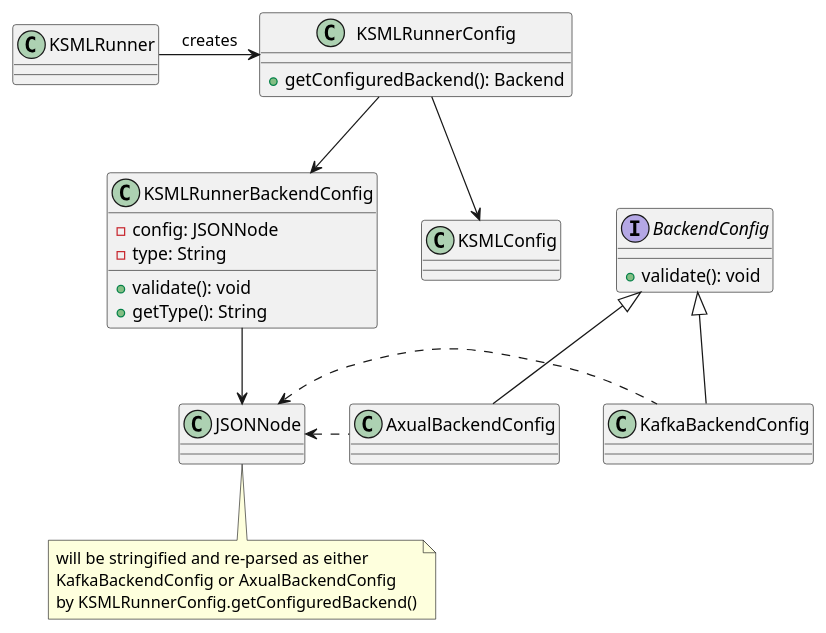
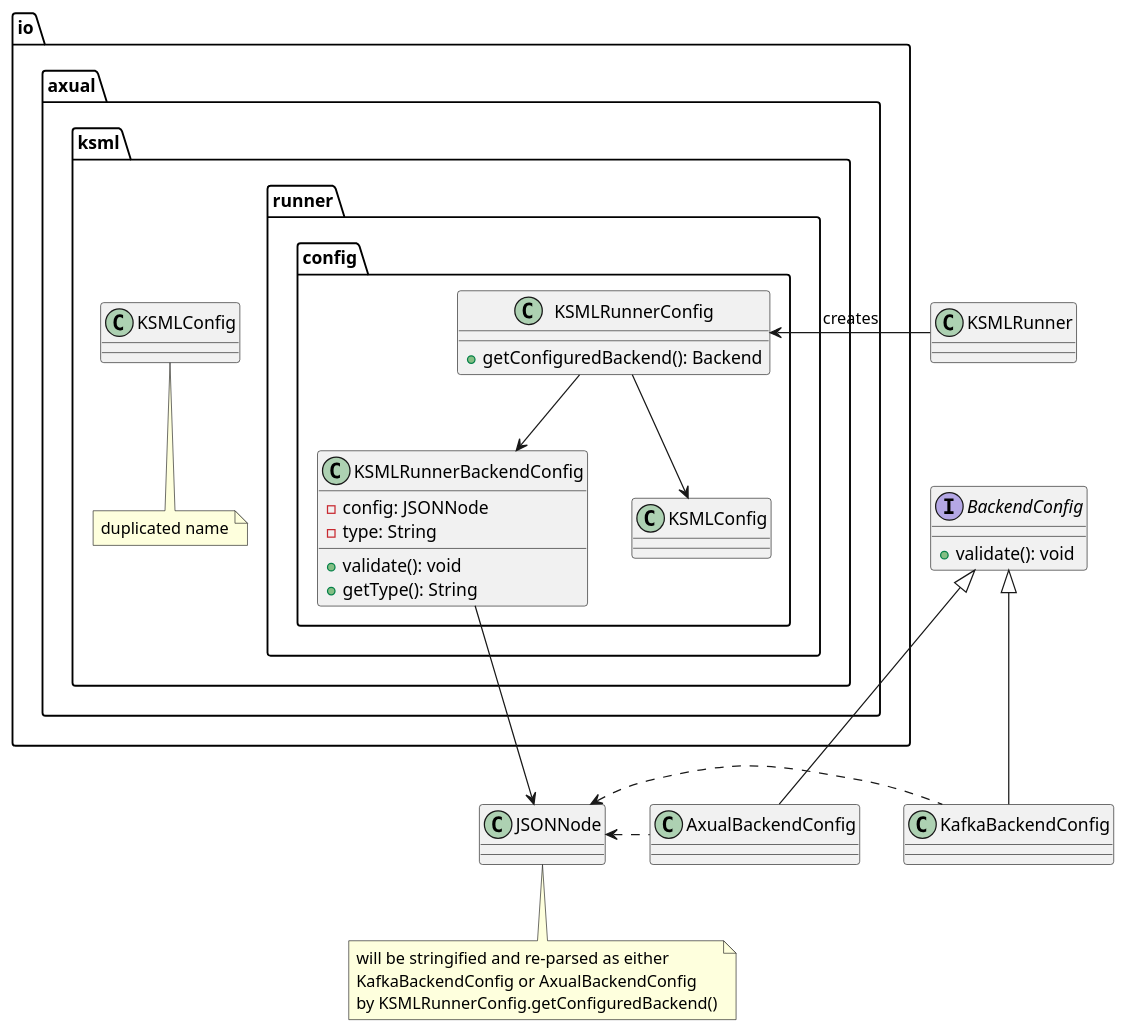
Before and after one commit to Axual/ksml: the diagram in docs/plantuml/runner-config-class.puml, drawn with PlantUML.

Commit message:
add some package info and second KSMLConfig class

```diff
--- a/docs/plantuml/runner-config-class.puml
+++ b/docs/plantuml/runner-config-class.puml
@@ -1,33 +1,48 @@
 @startuml
+
+' see https://plantuml.com/class-diagram
+
+package io.axual.ksml.runner.config {
+
+  class KSMLRunnerConfig {
+  	+ getConfiguredBackend(): Backend
+  }
+
+  class KSMLRunnerBackendConfig {
+  	-config: JSONNode
+  	-type: String
+  	+validate(): void
+  	+getType(): String
+  }
+
+  class KSMLConfig
+
+}
+
+package io.axual.ksml {
+  class "KSMLConfig" as ksmlconfig2
+  note bottom of ksmlconfig2: duplicated name
+}
 
 class KSMLRunner {}
 
-class KSMLRunnerConfig {
-	+ getConfiguredBackend(): Backend
-}
 
-class KSMLRunnerBackendConfig {
-	-config: JSONNode
-	-type: String
-	+validate(): void
-	+getType(): String
-}
 
 interface BackendConfig {
 	+validate(): void
 }
 
 
 KSMLRunnerConfig --> KSMLConfig
 KSMLRunnerConfig --> KSMLRunnerBackendConfig
 KSMLRunnerBackendConfig --> JSONNode
 note bottom of JSONNode: will be stringified and re-parsed as either\nKafkaBackendConfig or AxualBackendConfig\nby KSMLRunnerConfig.getConfiguredBackend()
 JSONNode <. KafkaBackendConfig
 JSONNode <. AxualBackendConfig
 
 BackendConfig <|-- KafkaBackendConfig
 BackendConfig <|-- AxualBackendConfig
 
 KSMLRunner -> KSMLRunnerConfig: creates
 
 @enduml
```
